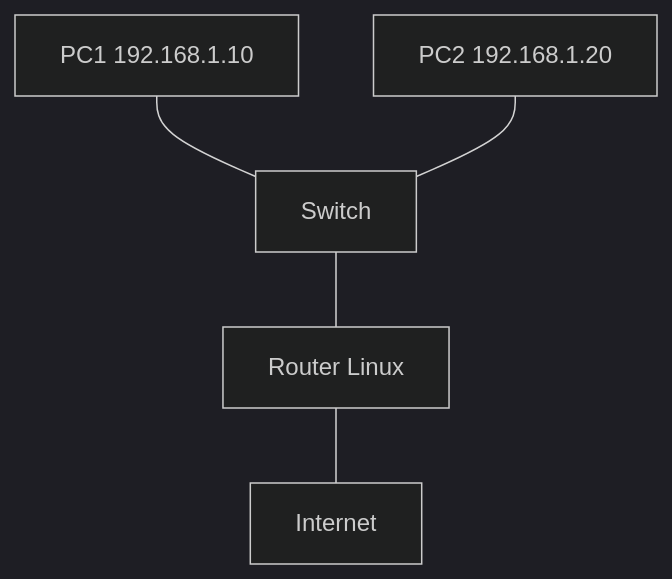
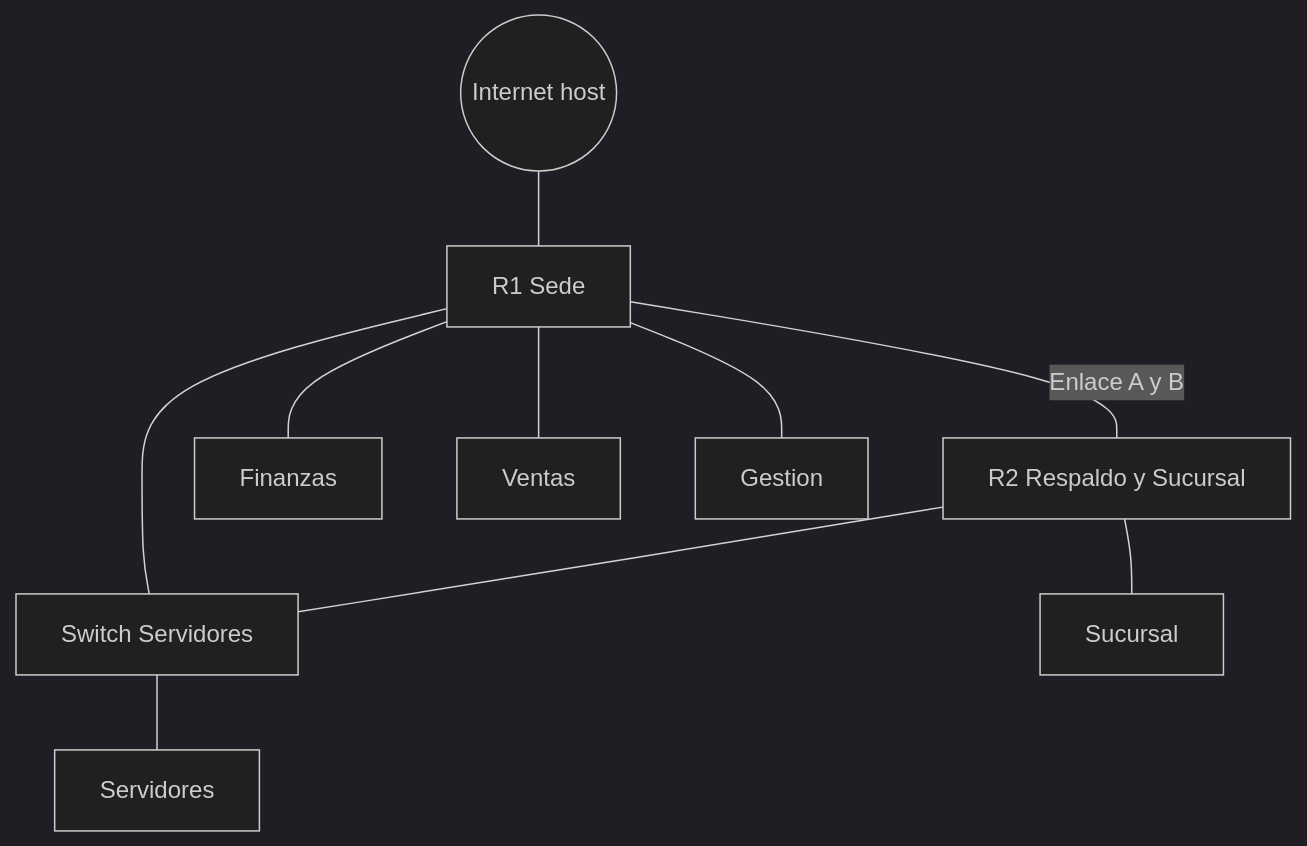
The diagram in docs/labs/lab-15/index.md (asideloko/Networking-Lab), drawn with Mermaid (dark theme) before and after one commit. The commit also changed other lines of this file and 13 other files, not shown here.

````diff
--- a/docs/labs/lab-15/index.md
+++ b/docs/labs/lab-15/index.md
@@ -11,12 +14,21 @@
 ```mermaid
 graph TB
-    PC1[PC1 192.168.1.10]
-    PC2[PC2 192.168.1.20]
-    SW[Switch]
-    R[Router Linux]
-    WAN[Internet]
-    PC1 --- SW
-    PC2 --- SW
-    SW --- R
-    R --- WAN
+    Internet((Internet host))
+    R1[R1 Sede]
+    R2[R2 Respaldo y Sucursal]
+    SW[Switch Servidores]
+    FIN[Finanzas]
+    VEN[Ventas]
+    GES[Gestion]
+    SRV[Servidores]
+    SUC[Sucursal]
+    Internet --- R1
+    R1 --- FIN
+    R1 --- VEN
+    R1 --- GES
+    R1 ---|Enlace A y B| R2
+    R1 --- SW
+    R2 --- SW
+    SW --- SRV
+    R2 --- SUC
 ```
````
